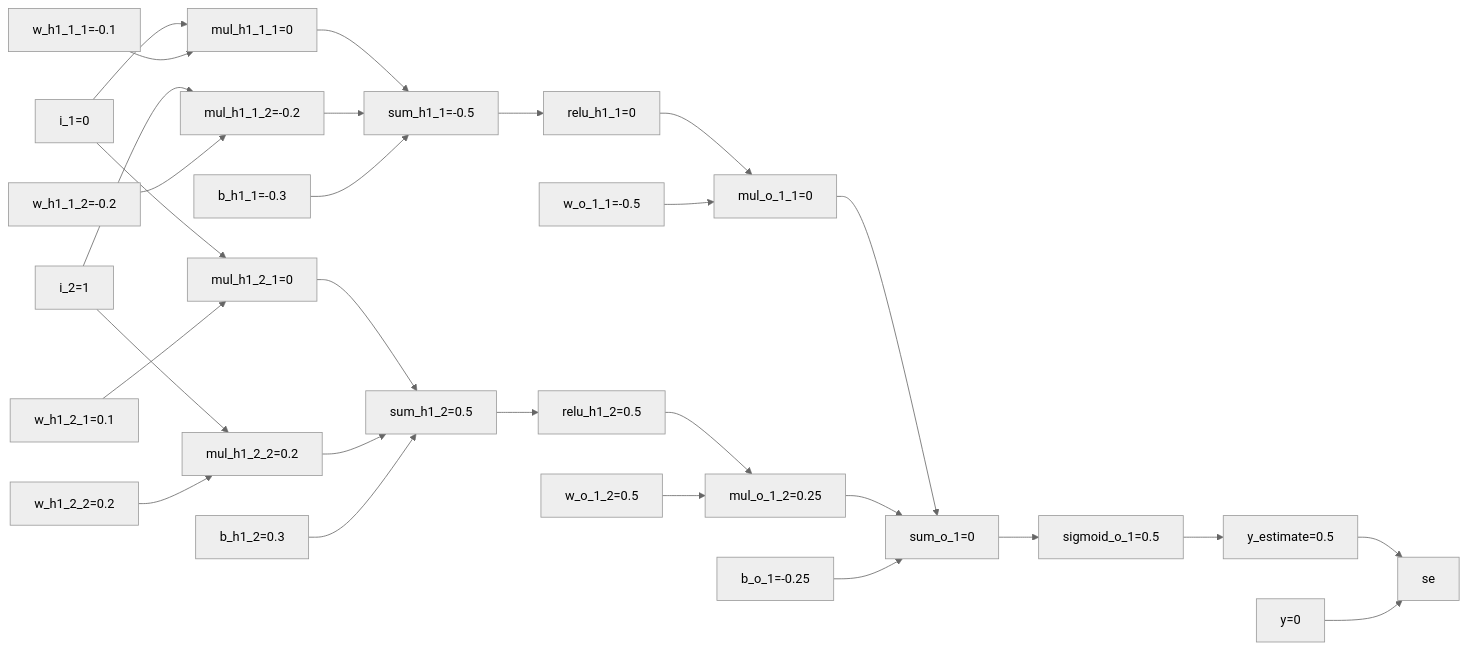
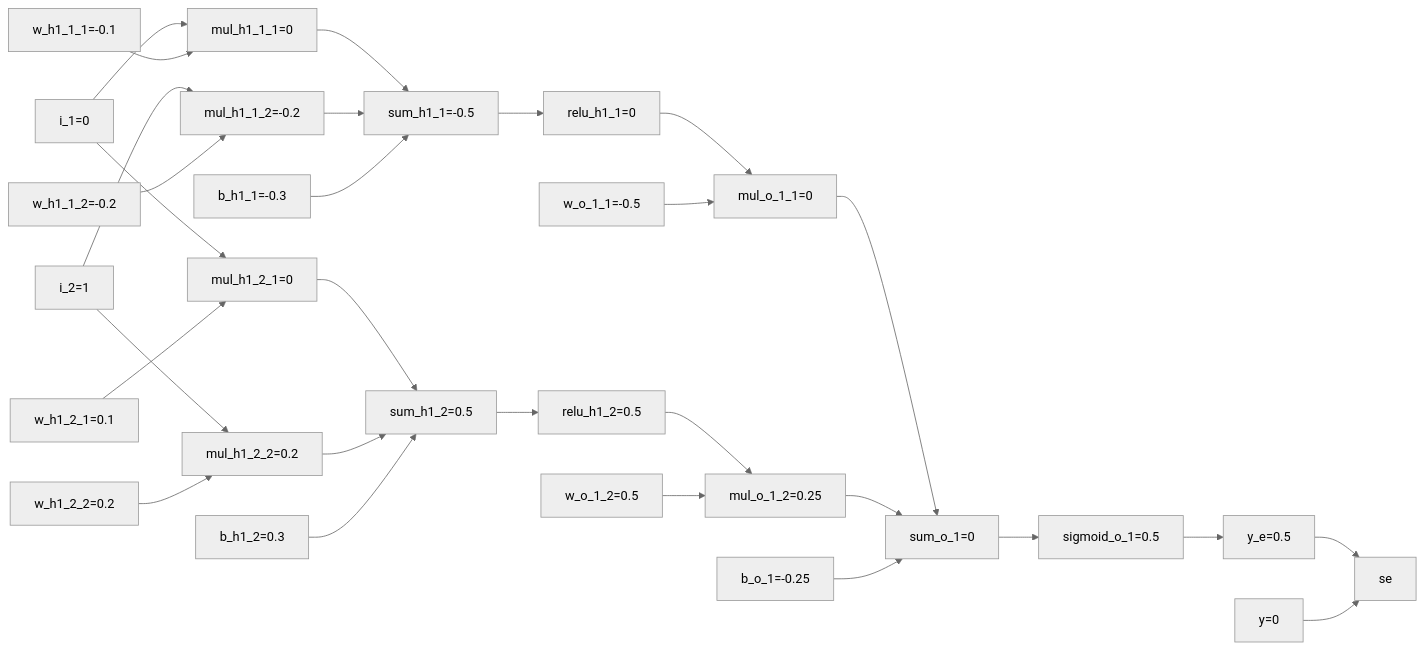
One commit to sc420/interactive-computational-graph changed the fifth of 5 diagrams in interactive-computational-graph/src/core/Graph.test.md. Above: the diagram before and after it, drawn with Mermaid (neutral theme). The commit also changed other lines of this file and 3 other files, not shown here.

````diff
--- a/interactive-computational-graph/src/core/Graph.test.md
+++ b/interactive-computational-graph/src/core/Graph.test.md
@@ -90,40 +90,40 @@
 ```mermaid
 flowchart LR
     %% Input layer: Inputs
     i_1[i_1=0] --> mul_h1_1_1[mul_h1_1_1=0]
     i_2[i_2=1] --> mul_h1_1_2[mul_h1_1_2=-0.2]
     i_1 --> mul_h1_2_1[mul_h1_2_1=0]
     i_2 --> mul_h1_2_2[mul_h1_2_2=0.2]
     %% Hidden layer 1: Multiplication
     w_h1_1_1[w_h1_1_1=-0.1] --> mul_h1_1_1
     w_h1_1_2[w_h1_1_2=-0.2] --> mul_h1_1_2
     w_h1_2_1[w_h1_2_1=0.1] --> mul_h1_2_1
     w_h1_2_2[w_h1_2_2=0.2] --> mul_h1_2_2
     %% Hidden layer 1: Sum
     mul_h1_1_1 --> sum_h1_1[sum_h1_1=-0.5]
     mul_h1_1_2 --> sum_h1_1
     b_h1_1[b_h1_1=-0.3] --> sum_h1_1
     mul_h1_2_1 --> sum_h1_2[sum_h1_2=0.5]
     mul_h1_2_2 --> sum_h1_2
     b_h1_2[b_h1_2=0.3] --> sum_h1_2
     %% Hidden layer 1: Activation
     sum_h1_1 --> relu_h1_1[relu_h1_1=0]
     sum_h1_2 --> relu_h1_2[relu_h1_2=0.5]
     %% Hidden layer 1 activation values to output Layer
     relu_h1_1 --> mul_o_1_1[mul_o_1_1=0]
     relu_h1_2 --> mul_o_1_2[mul_o_1_2=0.25]
     %% Output layer: Multiplication
     w_o_1_1[w_o_1_1=-0.5] --> mul_o_1_1
     w_o_1_2[w_o_1_2=0.5] --> mul_o_1_2
     %% Output layer: Sum
     mul_o_1_1 --> sum_o_1[sum_o_1=0]
     mul_o_1_2 --> sum_o_1
     b_o_1[b_o_1=-0.25] --> sum_o_1
     %% Output layer: Activation
     sum_o_1 --> sigmoid_o_1[sigmoid_o_1=0.5]
     %% Output layer: Outputs (redundant for clarity)
-    sigmoid_o_1 --> y_estimate[y_estimate=0.5]
+    sigmoid_o_1 --> y_e[y_e=0.5]
     %% Loss function
-    y_estimate --> se
+    y_e --> se
     y[y=0] --> se
 ```
````
